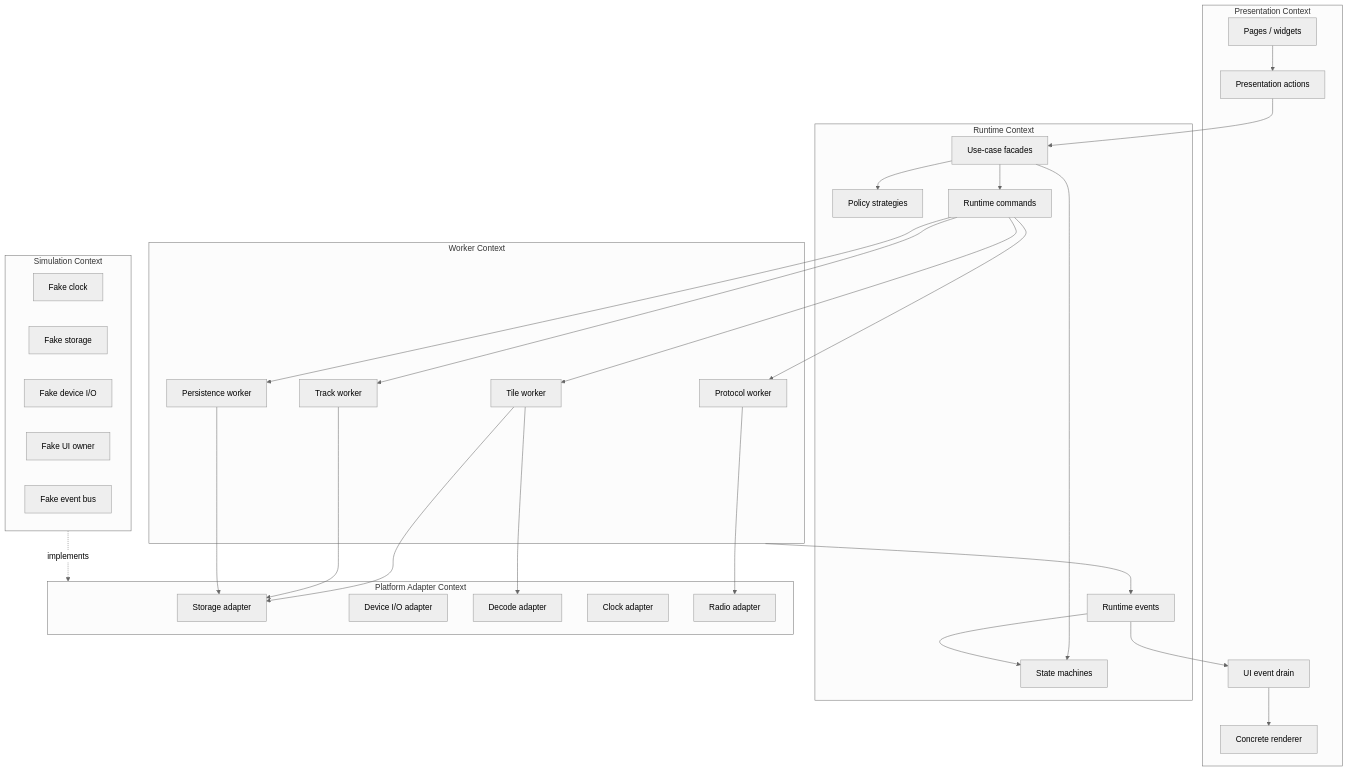
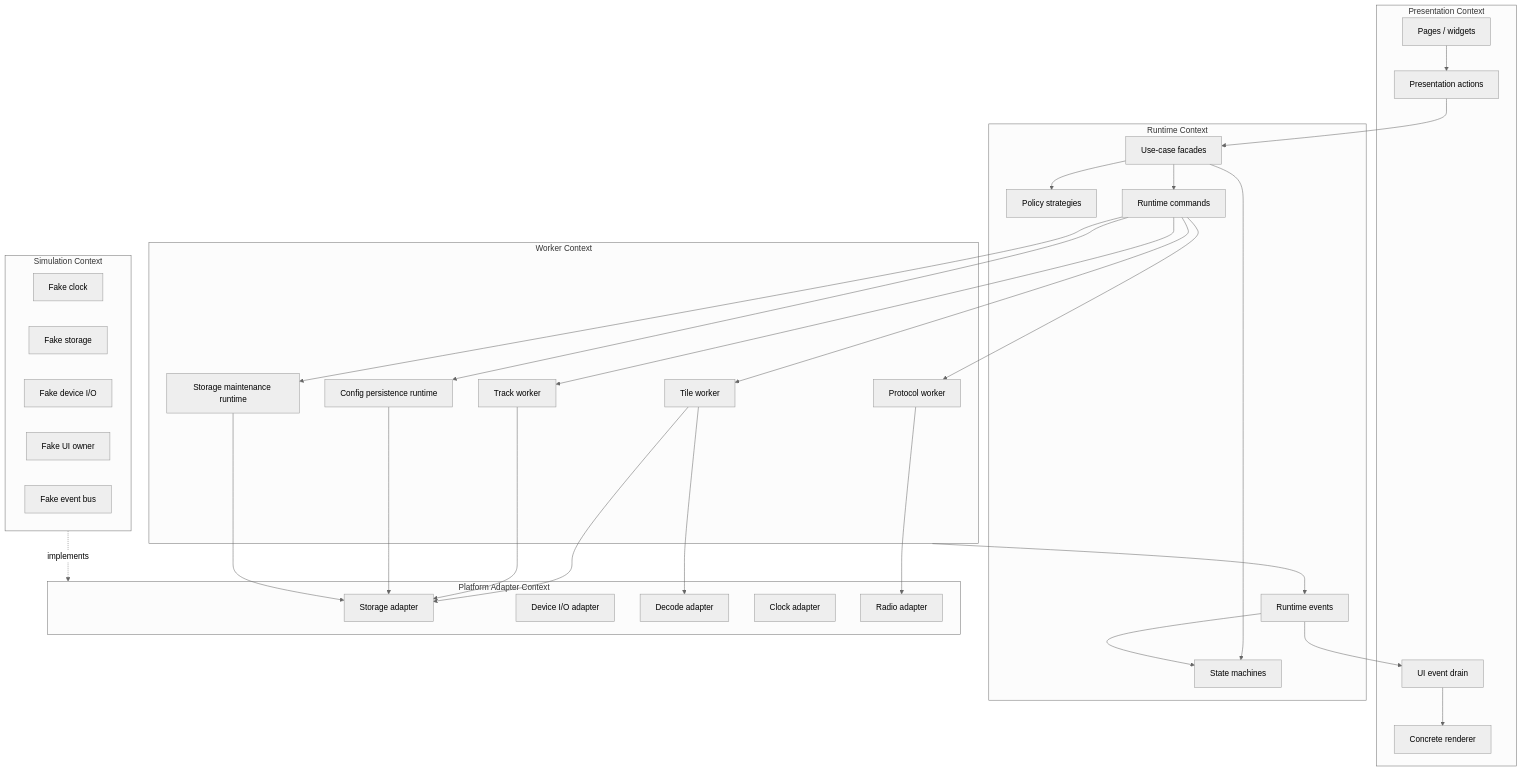
Before and after one commit to manmuqingshan/trail-mate: the fourth of 23 diagrams in docs/specification/UI_STORAGE_EVENT_RUNTIME_DESIGN_SPEC.md, drawn with Mermaid (neutral theme). The commit also changed other lines of this file and 77 other files, not shown here.

Commit message:
refactor: consolidate storage maintenance ownership

````diff
--- a/docs/specification/UI_STORAGE_EVENT_RUNTIME_DESIGN_SPEC.md
+++ b/docs/specification/UI_STORAGE_EVENT_RUNTIME_DESIGN_SPEC.md
@@ -437,60 +455,63 @@
 ```mermaid
 flowchart TB
   subgraph Presentation["Presentation Context"]
     Pages["Pages / widgets"]
     UiActions["Presentation actions"]
     UiDrain["UI event drain"]
     Renderer["Concrete renderer"]
   end
 
   subgraph RuntimeContext["Runtime Context"]
     Facades["Use-case facades"]
     StateMachines["State machines"]
     Policies["Policy strategies"]
     Events["Runtime events"]
     Commands["Runtime commands"]
   end
 
   subgraph WorkerContext["Worker Context"]
     TileWorker["Tile worker"]
     TrackWorker["Track worker"]
-    PersistWorker["Persistence worker"]
+    ConfigPersist["Config persistence runtime"]
+    Maintenance["Storage maintenance runtime"]
     ProtocolWorker["Protocol worker"]
   end
 
   subgraph PlatformContext["Platform Adapter Context"]
     StorageAdapter["Storage adapter"]
     DeviceIo["Device I/O adapter"]
     DecodeAdapter["Decode adapter"]
     ClockAdapter["Clock adapter"]
     RadioAdapter["Radio adapter"]
   end
 
   subgraph TestContext["Simulation Context"]
     FakeClock["Fake clock"]
     FakeStorage["Fake storage"]
     FakeDeviceIo["Fake device I/O"]
     FakeUi["Fake UI owner"]
     FakeEvents["Fake event bus"]
   end
 
   Pages --> UiActions
   UiActions --> Facades
   Facades --> Commands
   Facades --> StateMachines
   Facades --> Policies
   Commands --> TileWorker
   Commands --> TrackWorker
-  Commands --> PersistWorker
+  Commands --> ConfigPersist
+  Commands --> Maintenance
   Commands --> ProtocolWorker
   TileWorker --> StorageAdapter
   TrackWorker --> StorageAdapter
-  PersistWorker --> StorageAdapter
+  ConfigPersist --> StorageAdapter
+  Maintenance --> StorageAdapter
   TileWorker --> DecodeAdapter
   ProtocolWorker --> RadioAdapter
   WorkerContext --> Events
   Events --> StateMachines
   Events --> UiDrain
   UiDrain --> Renderer
   TestContext -.implements.-> PlatformContext
 ```
````
